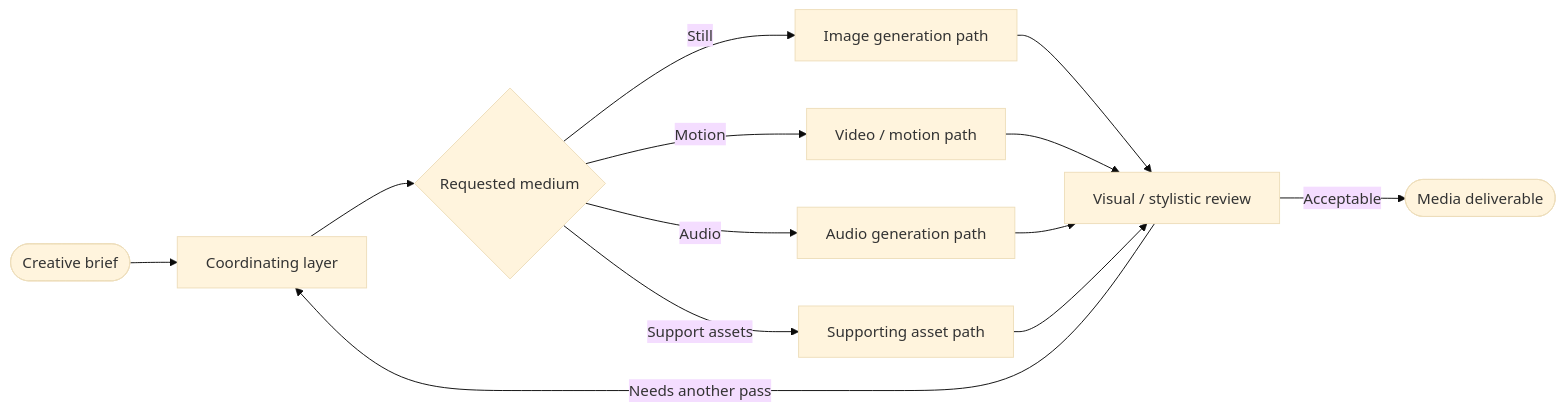
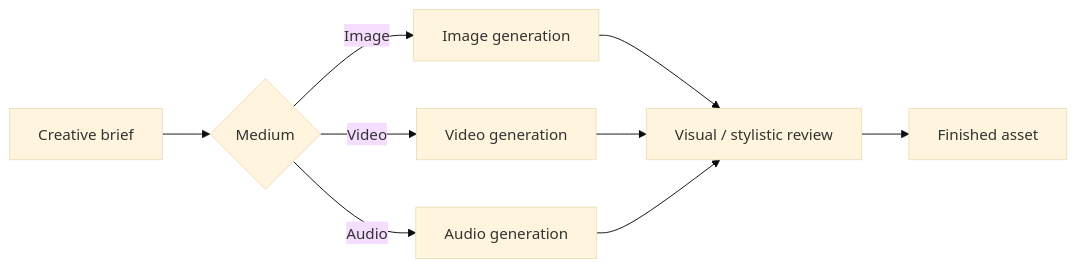
One commit to Beunec/beunec-site-staging changed the first of 2 diagrams in Beunec Docs/rivine agentic engines/rivine_creative.md. Above: the diagram before and after it, drawn with Mermaid (base theme). The commit also changed other lines of this file and 12 other files, not shown here.

First line of the commit message:
Add Rivine engine diagrams, platform docs links, and home docs CTA.

````diff
--- a/Beunec Docs/rivine agentic engines/rivine_creative.md
+++ b/Beunec Docs/rivine agentic engines/rivine_creative.md
@@ -13,15 +9,11 @@
 ```mermaid
 flowchart LR
-    Brief([Creative brief]) --> Coord[Coordinating layer]
-    Coord --> Medium{Requested medium}
-    Medium -->|Still| Img[Image generation path]
-    Medium -->|Motion| Vid[Video / motion path]
-    Medium -->|Audio| Aud[Audio generation path]
-    Medium -->|Support assets| Ast[Supporting asset path]
-    Img --> Rev[Visual / stylistic review]
-    Vid --> Rev
-    Aud --> Rev
-    Ast --> Rev
-    Rev -->|Needs another pass| Coord
-    Rev -->|Acceptable| Out([Media deliverable])
+    A[Creative brief] --> B{Medium}
+    B -->|Image| C[Image generation]
+    B -->|Video| D[Video generation]
+    B -->|Audio| E[Audio generation]
+    C --> F[Visual / stylistic review]
+    D --> F
+    E --> F
+    F --> G[Finished asset]
 ```
````
